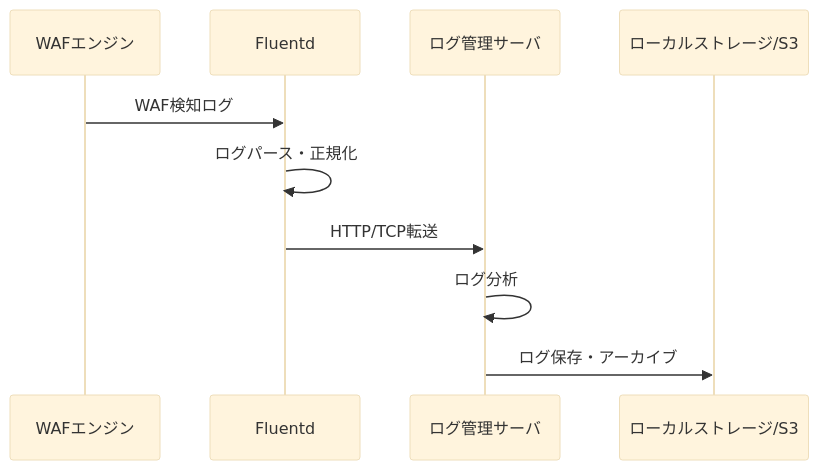
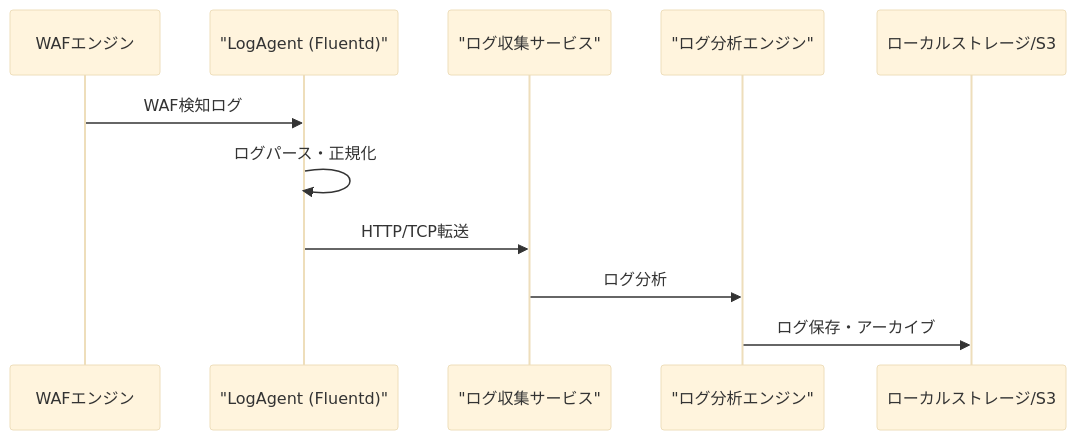
The fourth of 5 diagrams in DESIGN.md (kencom2400/MrWebDefence-Design), drawn with Mermaid (base theme) before and after one commit. The commit also changed other lines of this file and 1 other file, not shown here.

````diff
--- a/DESIGN.md
+++ b/DESIGN.md
@@ -619,13 +624,14 @@
 ```mermaid
 sequenceDiagram
     participant WAF as WAFエンジン
-    participant Fluentd as Fluentd
-    participant LogServer as ログ管理サーバ
+    participant LogAgent as "LogAgent (Fluentd)"
+    participant LogCollector as "ログ収集サービス"
+    participant LogAnalyzer as "ログ分析エンジン"
     participant Storage as ローカルストレージ/S3
 
-    WAF->>Fluentd: WAF検知ログ
-    Fluentd->>Fluentd: ログパース・正規化
-    Fluentd->>LogServer: HTTP/TCP転送
-    LogServer->>LogServer: ログ分析
-    LogServer->>Storage: ログ保存・アーカイブ
+    WAF->>LogAgent: WAF検知ログ
+    LogAgent->>LogAgent: ログパース・正規化
+    LogAgent->>LogCollector: HTTP/TCP転送
+    LogCollector->>LogAnalyzer: ログ分析
+    LogAnalyzer->>Storage: ログ保存・アーカイブ
 ```
````
